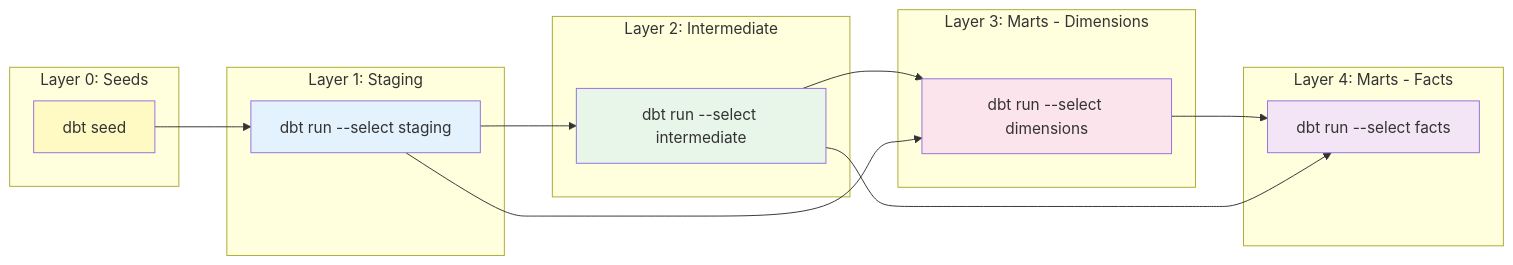
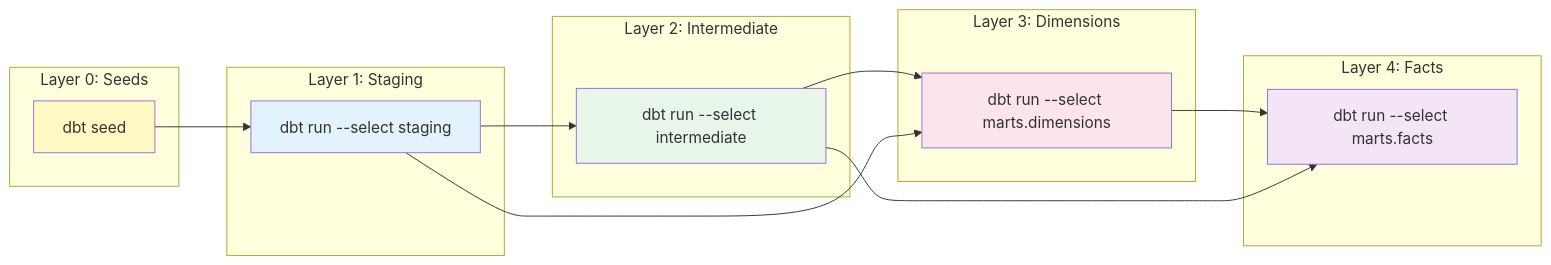
One commit to rittmananalytics/RA_Accelerated_Development changed the tenth of 10 diagrams in design/data_model_diagrams.md. Above: the diagram before and after it, drawn with Mermaid. The commit also changed other lines of this file, not shown here.

````diff
--- a/design/data_model_diagrams.md
+++ b/design/data_model_diagrams.md
@@ -1034,35 +1373,35 @@
 ```mermaid
 graph LR
     subgraph "Layer 0: Seeds"
         SEED[dbt seed]
     end
 
     subgraph "Layer 1: Staging"
         STG[dbt run --select staging]
     end
 
     subgraph "Layer 2: Intermediate"
         INT[dbt run --select intermediate]
     end
 
-    subgraph "Layer 3: Marts - Dimensions"
-        DIM[dbt run --select dimensions]
+    subgraph "Layer 3: Dimensions"
+        DIM[dbt run --select marts.dimensions]
     end
 
-    subgraph "Layer 4: Marts - Facts"
-        FCT[dbt run --select facts]
+    subgraph "Layer 4: Facts"
+        FCT[dbt run --select marts.facts]
     end
 
     SEED --> STG
     STG --> INT
     INT --> DIM
     DIM --> FCT
     STG --> DIM
     INT --> FCT
 
     style SEED fill:#fff9c4
     style STG fill:#e3f2fd
     style INT fill:#e8f5e9
     style DIM fill:#fce4ec
     style FCT fill:#f3e5f5
 ```
````
